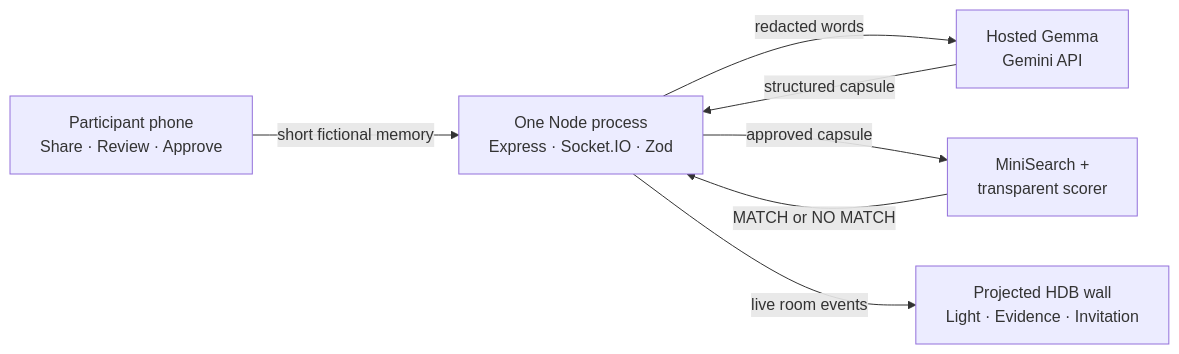
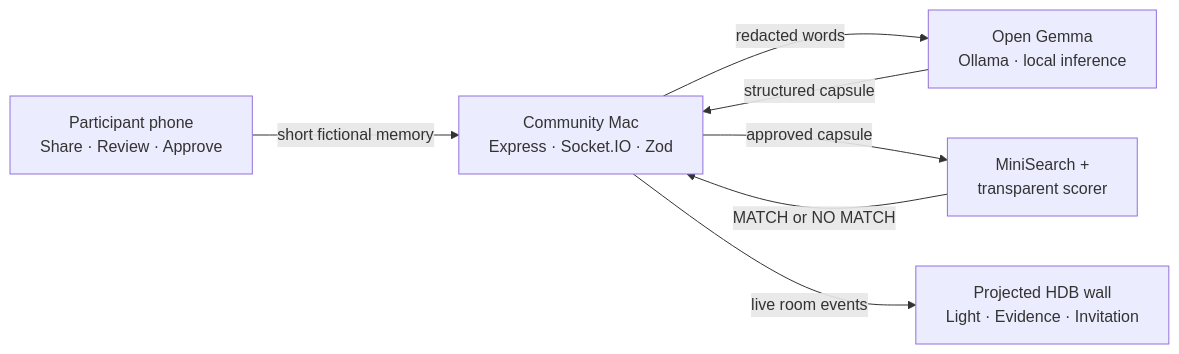
The diagram in README.md (tanveerriaz/87k-windows), drawn with Mermaid before and after one commit. The commit also changed other lines of this file and 17 other files, not shown here.

Commit message:
feat: make open Gemma essential to the live demo

````diff
--- a/README.md
+++ b/README.md
@@ -76,15 +82,15 @@
 ```mermaid
 flowchart LR
     Phone[Participant phone\nShare · Review · Approve]
-    Server[One Node process\nExpress · Socket.IO · Zod]
-    Gemma[Hosted Gemma\nGemini API]
+    Server[Community Mac\nExpress · Socket.IO · Zod]
+    Gemma[Open Gemma\nOllama · local inference]
     Match[MiniSearch +\ntransparent scorer]
     Wall[Projected HDB wall\nLight · Evidence · Invitation]
 
     Phone -->|short fictional memory| Server
     Server -->|redacted words| Gemma
     Gemma -->|structured capsule| Server
     Server -->|approved capsule| Match
     Match -->|MATCH or NO MATCH| Server
     Server -->|live room events| Wall
 ```
````
